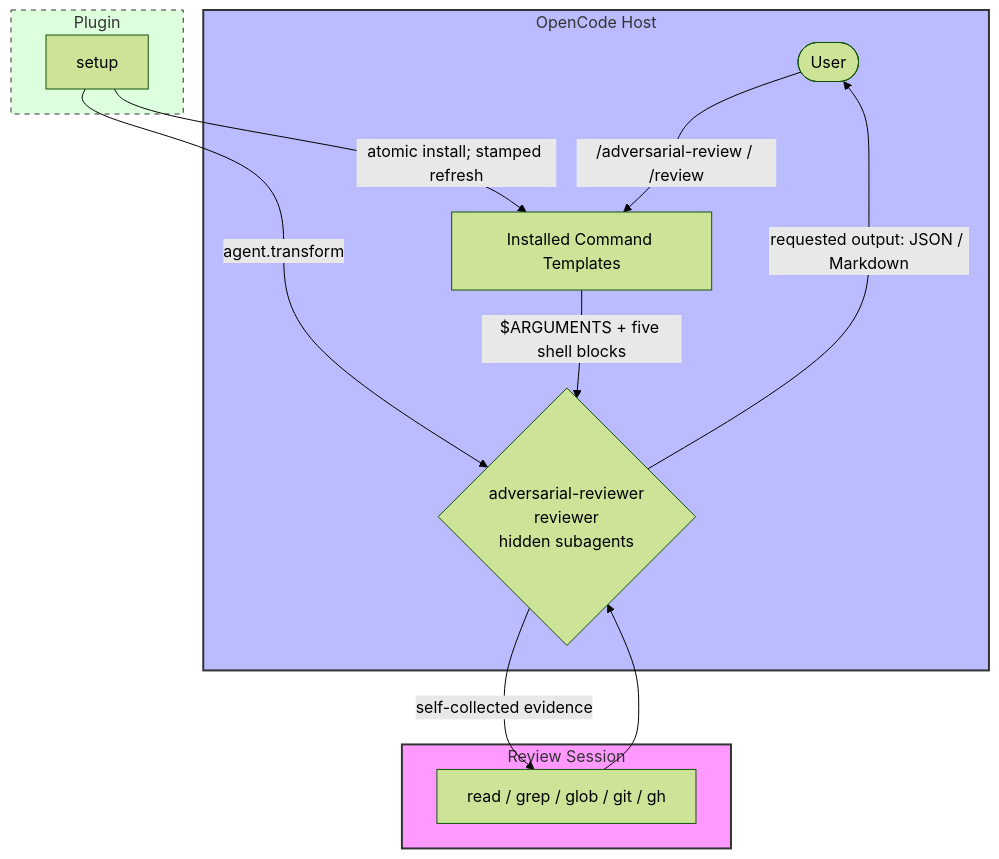
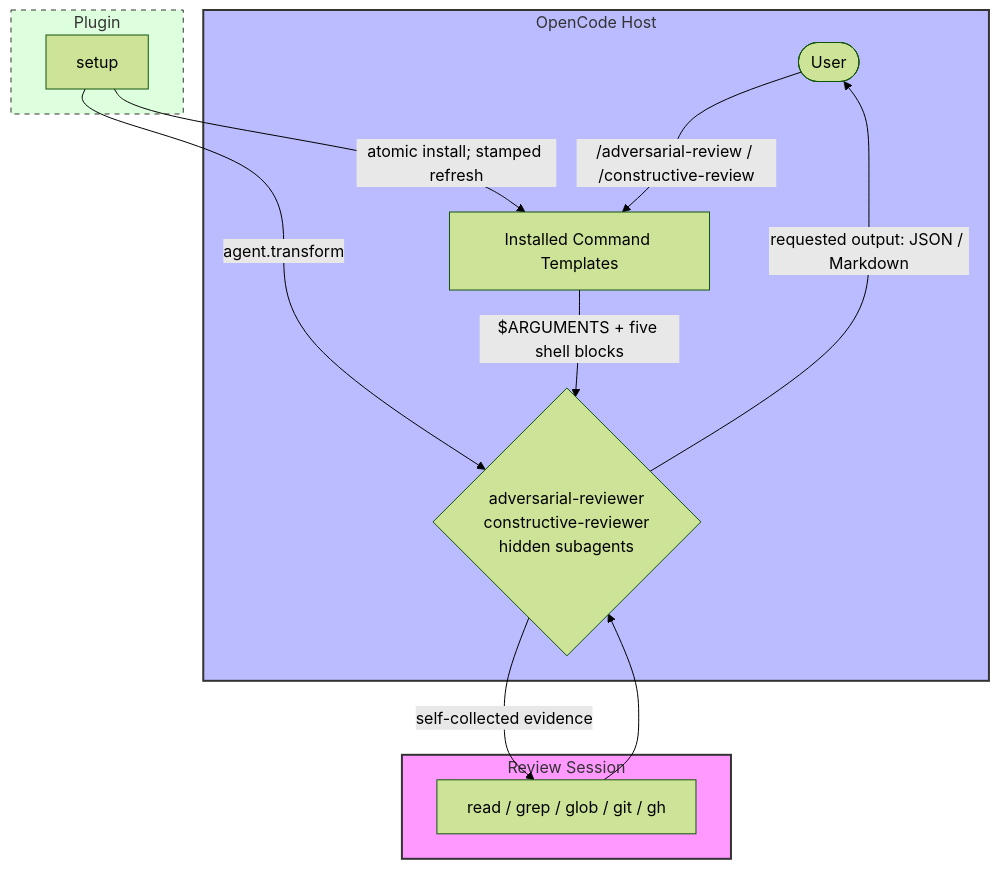
One commit to capyBearista/opencode-plugins changed the diagram in packages/opencode-adversarial-review/README.md. Above: the diagram before and after it, drawn with Mermaid (forest theme). The commit also changed other lines of this file and 11 other files, not shown here.

First line of the commit message:
fix(adversarial-review): rename second reviewer, harden setup, refresh wording

````diff
--- a/packages/opencode-adversarial-review/README.md
+++ b/packages/opencode-adversarial-review/README.md
@@ -31,26 +31,26 @@
 ```mermaid
 graph TB
     subgraph Host [OpenCode Host]
-        User([User]) -->|"/adversarial-review / /review"| Command[Installed Command Templates]
+        User([User]) -->|"/adversarial-review / /constructive-review"| Command[Installed Command Templates]
         Command -->|"$ARGUMENTS + five shell blocks"| Reviewer
     end
 
     subgraph Plugin [Plugin]
-        Setup[setup] -->|agent.transform| Reviewer{"adversarial-reviewer<br/>reviewer<br/>hidden subagents"}
+        Setup[setup] -->|agent.transform| Reviewer{"adversarial-reviewer<br/>constructive-reviewer<br/>hidden subagents"}
         Setup -->|"atomic install; stamped refresh"| Command
     end
 
     subgraph Review [Review Session]
         Reviewer -->|self-collected evidence| Tools[read / grep / glob / git / gh]
         Tools --> Reviewer
         Reviewer -->|"requested output: JSON / Markdown"| User
     end
 
     classDef host fill:#bbf,stroke:#333,stroke-width:2px;
     classDef plugin fill:#dfd,stroke:#333,stroke-width:1px,stroke-dasharray: 5 5;
     classDef adversary fill:#f9f,stroke:#333,stroke-width:2px;
 
     class Host host;
     class Plugin plugin;
     class Review adversary;
 ```
````
